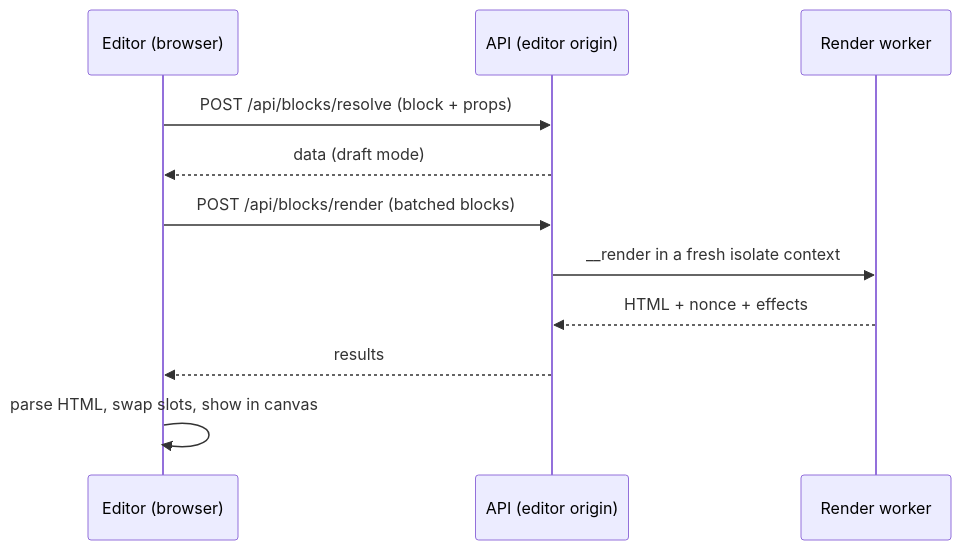
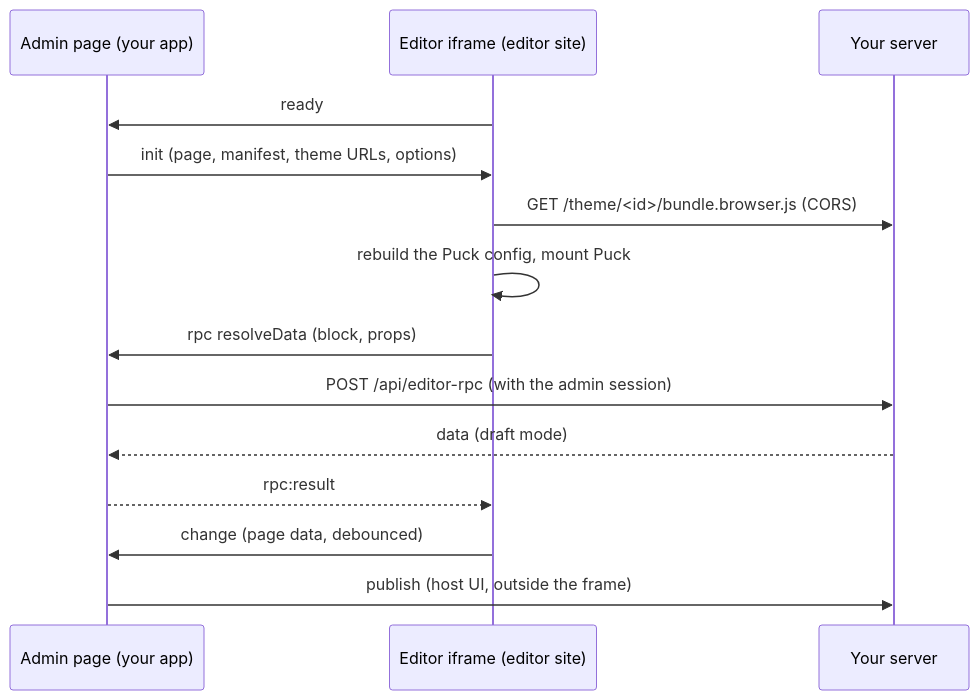
The diagram in apps/docs/content/docs/(framework)/concepts/editor.mdx (0ctanium/puckremote), drawn with Mermaid before and after one commit. The commit also changed other lines of this file and 184 other files, not shown here.

First line of the commit message:
Simplify: remote components + Shopify-like themes; credential-free editor iframe

````diff
--- a/apps/docs/content/docs/(framework)/concepts/editor.mdx
+++ b/apps/docs/content/docs/(framework)/concepts/editor.mdx
@@ -27,13 +11,16 @@
 ```mermaid
 sequenceDiagram
-  participant B as Editor (browser)
-  participant A as API (editor origin)
-  participant W as Render worker
-  B->>A: POST /api/blocks/resolve (block + props)
-  A-->>B: data (draft mode)
-  B->>A: POST /api/blocks/render (batched blocks)
-  A->>W: __render in a fresh isolate context
-  W-->>A: HTML + nonce + effects
-  A-->>B: results
-  B->>B: parse HTML, swap slots, show in canvas
+  participant H as Admin page (your app)
+  participant E as Editor iframe (editor site)
+  participant S as Your server
+  E->>H: ready
+  H->>E: init (page, manifest, theme URLs, options)
+  E->>S: GET /theme/<id>/bundle.browser.js (CORS)
+  E->>E: rebuild the Puck config, mount Puck
+  E->>H: rpc resolveData (block, props)
+  H->>S: POST /api/editor-rpc (with the admin session)
+  S-->>H: data (draft mode)
+  H-->>E: rpc:result
+  E->>H: change (page data, debounced)
+  H->>S: publish (host UI, outside the frame)
 ```
````
